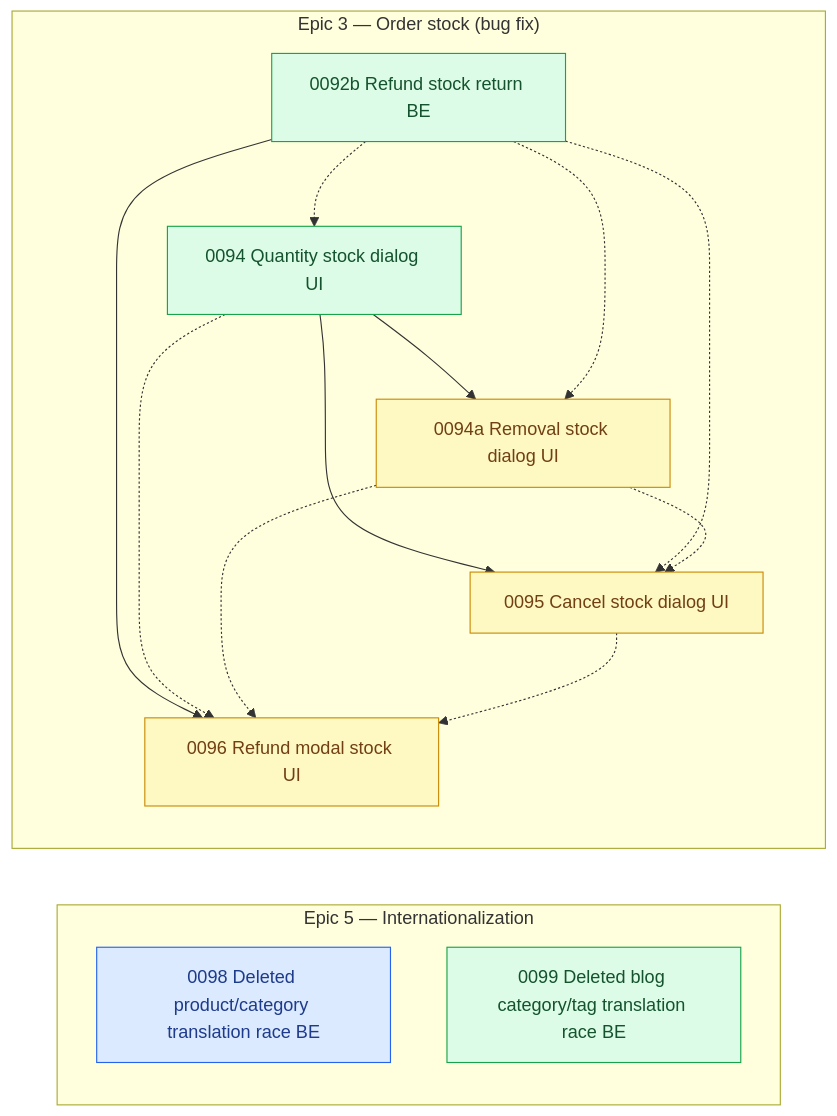
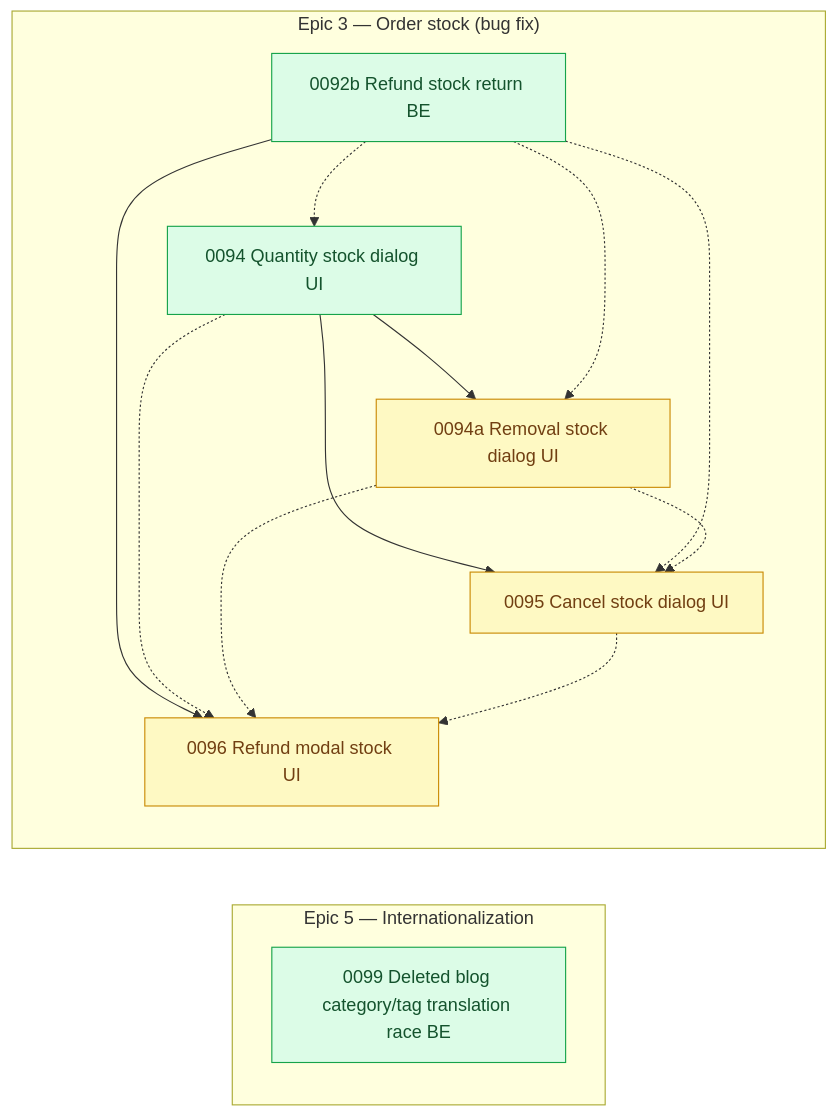
Before and after one commit to shojen/AI4Devs-finalproject: the diagram in arospe/ai-spec/tasks-map.md, drawn with Mermaid. The commit also changed other lines of this file and 5 other files, not shown here.

```diff
--- a/arospe/ai-spec/tasks-map.md
+++ b/arospe/ai-spec/tasks-map.md
@@ -627,10 +628,9 @@
 
     subgraph PEND_I18N["Epic 5 — Internationalization"]
         direction TB
-        P0098["0098 Deleted product/category translation race BE"]
         P0099["0099 Deleted blog category/tag translation race BE"]
     end
-    %% (P0087 closed to done/ 2026-11-13; P0087 --> P0098 dropped, 0098 is now ready.)
+    %% (P0087 closed to done/ 2026-11-13; P0098 closed to done/ 2026-11-14 and its node was dropped.)
 
     subgraph PEND_STOCK["Epic 3 — Order stock (bug fix)"]
         direction TB
@@ -726,7 +726,6 @@
     %% (P0084 --> P0085 dropped: 0084 is done; 0085 is done too.)
     %% (P0083 -.-> P0085 and P0083 --> P0086 dropped: 0083 is done; 0086 is now ready.)
 
-    class P0098 claimed;
     class P0099 ready;
     %% (P0078 closed to done/ 2026-11-08; P0076b closed to done/ 2026-11-10 and no node is `claimed`; P0076b --> P0077 and P0076b -.-> P0087 dropped, 0077 is now ready.)
     %% (P0079 closed to done/ 2026-11-12; P0087 -.-> P0079 dropped, no node is `claimed`.)
```
